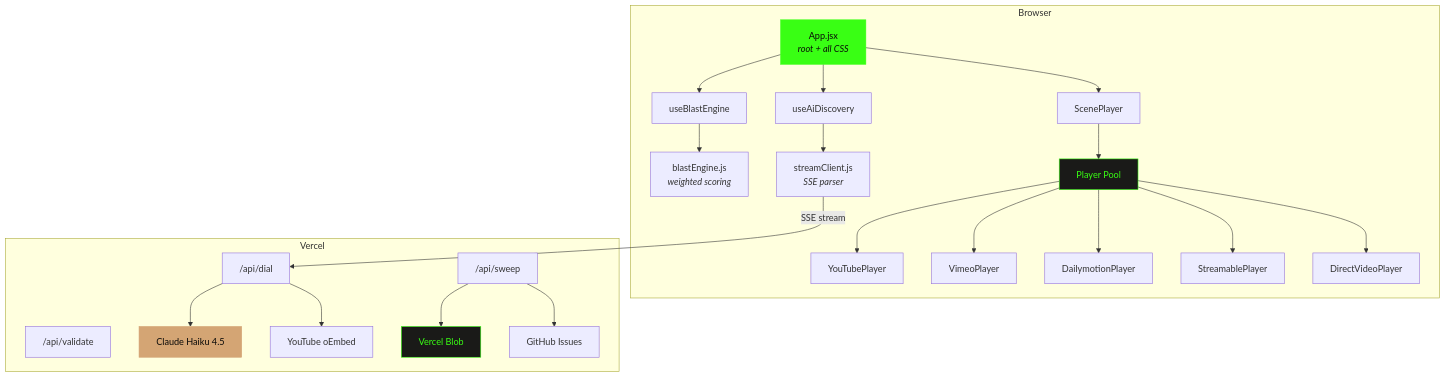
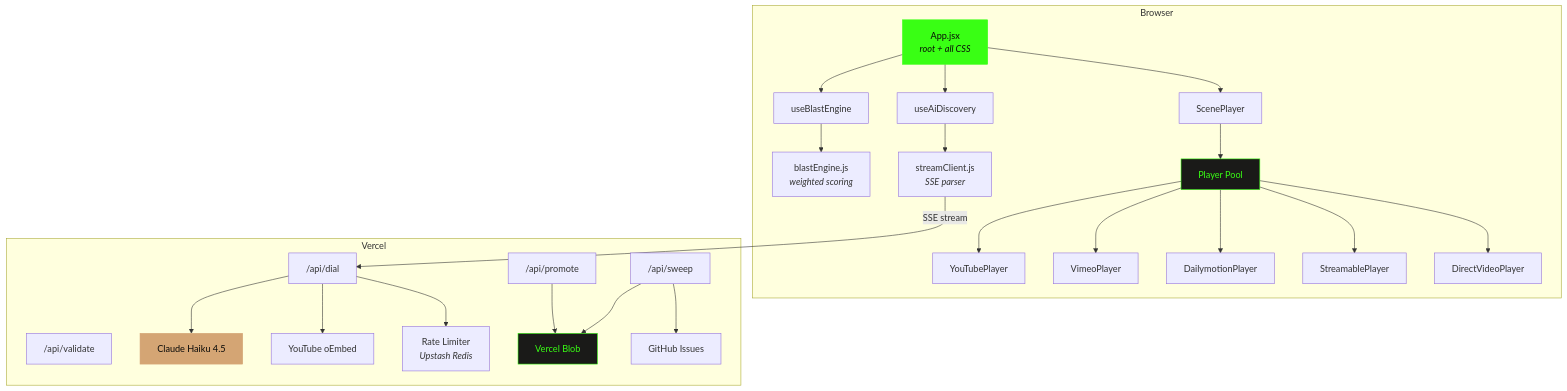
Before and after one commit to BurntFrost/so-i-started-blasting: the first of 4 diagrams in README.md, drawn with Mermaid. The commit also changed other lines of this file, not shown here.

````diff
--- a/README.md
+++ b/README.md
@@ -56,36 +58,40 @@
 ```mermaid
 graph TB
     subgraph Browser
         App["App.jsx<br/><i>root + all CSS</i>"]
         App --> BE["useBlastEngine"]
         App --> AI["useAiDiscovery"]
         App --> SP["ScenePlayer"]
 
         BE --> Engine["blastEngine.js<br/><i>weighted scoring</i>"]
         AI --> Stream["streamClient.js<br/><i>SSE parser</i>"]
 
         SP --> Pool["Player Pool"]
         Pool --> YT["YouTubePlayer"]
         Pool --> VM["VimeoPlayer"]
         Pool --> DM["DailymotionPlayer"]
         Pool --> ST["StreamablePlayer"]
         Pool --> DV["DirectVideoPlayer"]
     end
 
     subgraph Vercel
         Dial["/api/dial"]
         Validate["/api/validate"]
         Sweep["/api/sweep"]
         Dial --> Claude["Claude Haiku 4.5"]
         Dial --> Verify["YouTube oEmbed"]
-        Sweep --> Blob["Vercel Blob"]
+        Dial --> RL["Rate Limiter<br/><i>Upstash Redis</i>"]
+        Promote["/api/promote"]
+        Promote --> Blob["Vercel Blob"]
+        Sweep["/api/sweep"]
+        Sweep --> Blob
         Sweep --> GH["GitHub Issues"]
     end
 
     Stream -->|"SSE stream"| Dial
 
     style App fill:#39ff14,color:#0a0a08,stroke:#39ff14
     style Pool fill:#1a1a18,color:#39ff14,stroke:#39ff14
     style Claude fill:#d4a574,color:#0a0a08,stroke:#d4a574
     style Blob fill:#1a1a18,color:#39ff14,stroke:#39ff14
 ```
````
